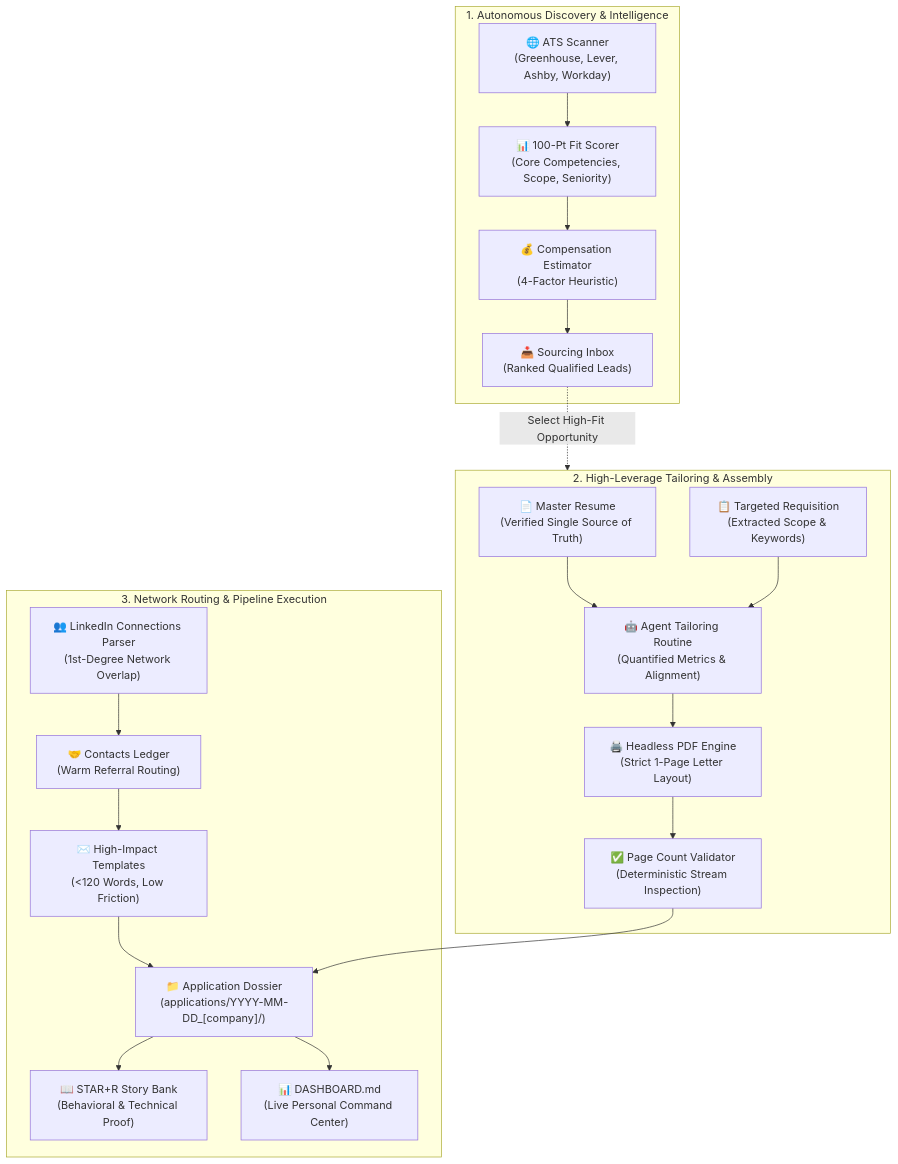
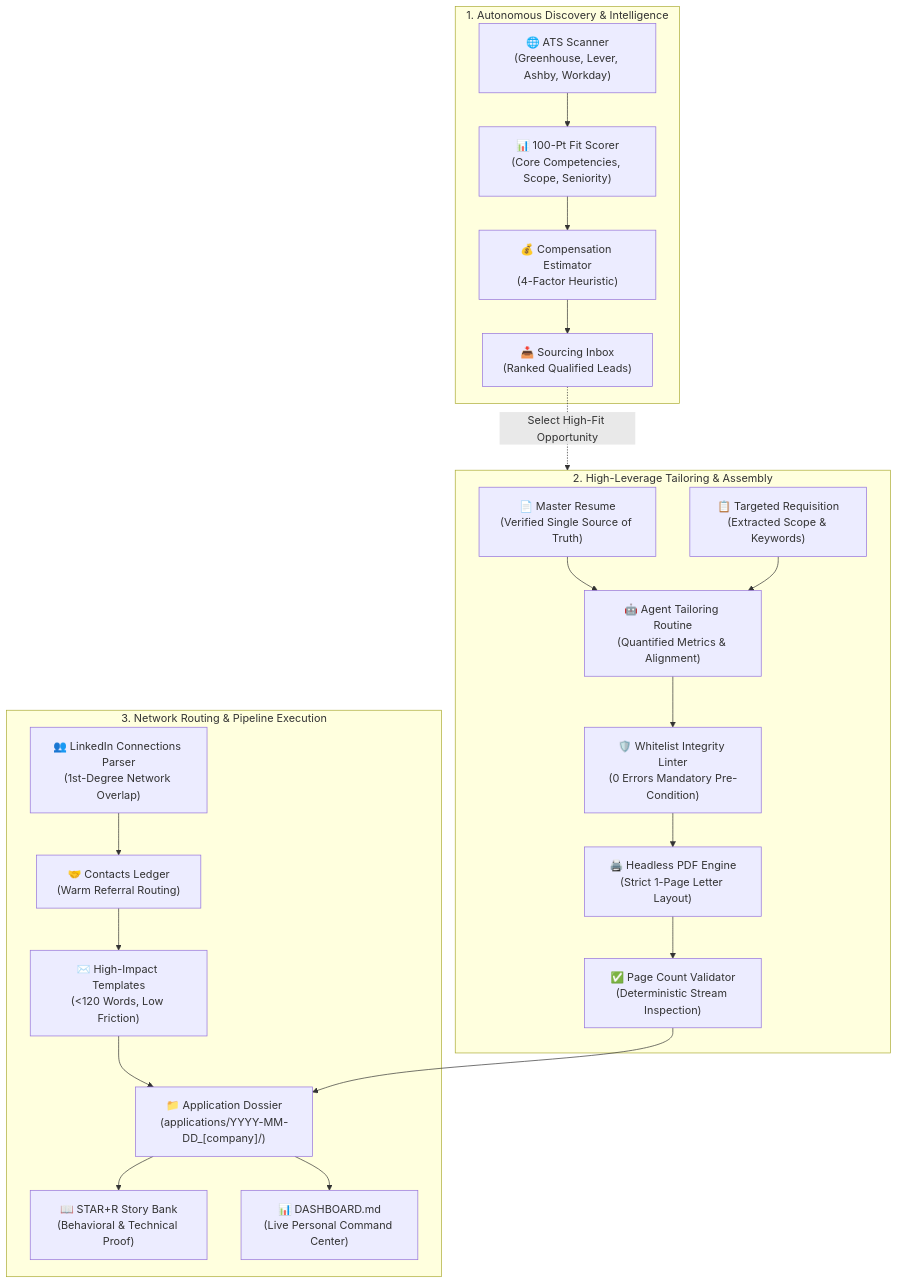
One commit to clangdanggames/agentic-career-engine changed the diagram in README.md. Above: the diagram before and after it, drawn with Mermaid. The commit also changed other lines of this file and 1 other file, not shown here.

````diff
--- a/README.md
+++ b/README.md
@@ -43,42 +52,44 @@
 ```mermaid
 graph TD
     subgraph Discovery [1. Autonomous Discovery & Intelligence]
         ATS["🌐 ATS Scanner\n(Greenhouse, Lever, Ashby, Workday)"]
         Scorer["📊 100-Pt Fit Scorer\n(Core Competencies, Scope, Seniority)"]
         Comp["💰 Compensation Estimator\n(4-Factor Heuristic)"]
         Inbox["📥 Sourcing Inbox\n(Ranked Qualified Leads)"]
         
         ATS --> Scorer
         Scorer --> Comp
         Comp --> Inbox
     end
 
     subgraph Preparation [2. High-Leverage Tailoring & Assembly]
         MasterResume["📄 Master Resume\n(Verified Single Source of Truth)"]
         JD["📋 Targeted Requisition\n(Extracted Scope & Keywords)"]
         Tailor["🤖 Agent Tailoring Routine\n(Quantified Metrics & Alignment)"]
+        Linter["🛡️ Whitelist Integrity Linter\n(0 Errors Mandatory Pre-Condition)"]
         PDF["🖨️ Headless PDF Engine\n(Strict 1-Page Letter Layout)"]
         Validator["✅ Page Count Validator\n(Deterministic Stream Inspection)"]
         
         MasterResume & JD --> Tailor
-        Tailor --> PDF
+        Tailor --> Linter
+        Linter --> PDF
         PDF --> Validator
     end
 
     subgraph Activation [3. Network Routing & Pipeline Execution]
         LinkedIn["👥 LinkedIn Connections Parser\n(1st-Degree Network Overlap)"]
         Contacts["🤝 Contacts Ledger\n(Warm Referral Routing)"]
         Outreach["✉️ High-Impact Templates\n(<120 Words, Low Friction)"]
         Dossier["📁 Application Dossier\n(applications/YYYY-MM-DD_[company]/)"]
         STAR["📖 STAR+R Story Bank\n(Behavioral & Technical Proof)"]
         Dash["📊 DASHBOARD.md\n(Live Personal Command Center)"]
         
         LinkedIn --> Contacts
         Contacts --> Outreach
         Outreach & Validator --> Dossier
         Dossier --> STAR
         Dossier --> Dash
     end
 
     Inbox -.->|Select High-Fit Opportunity| Preparation
 ```
````
